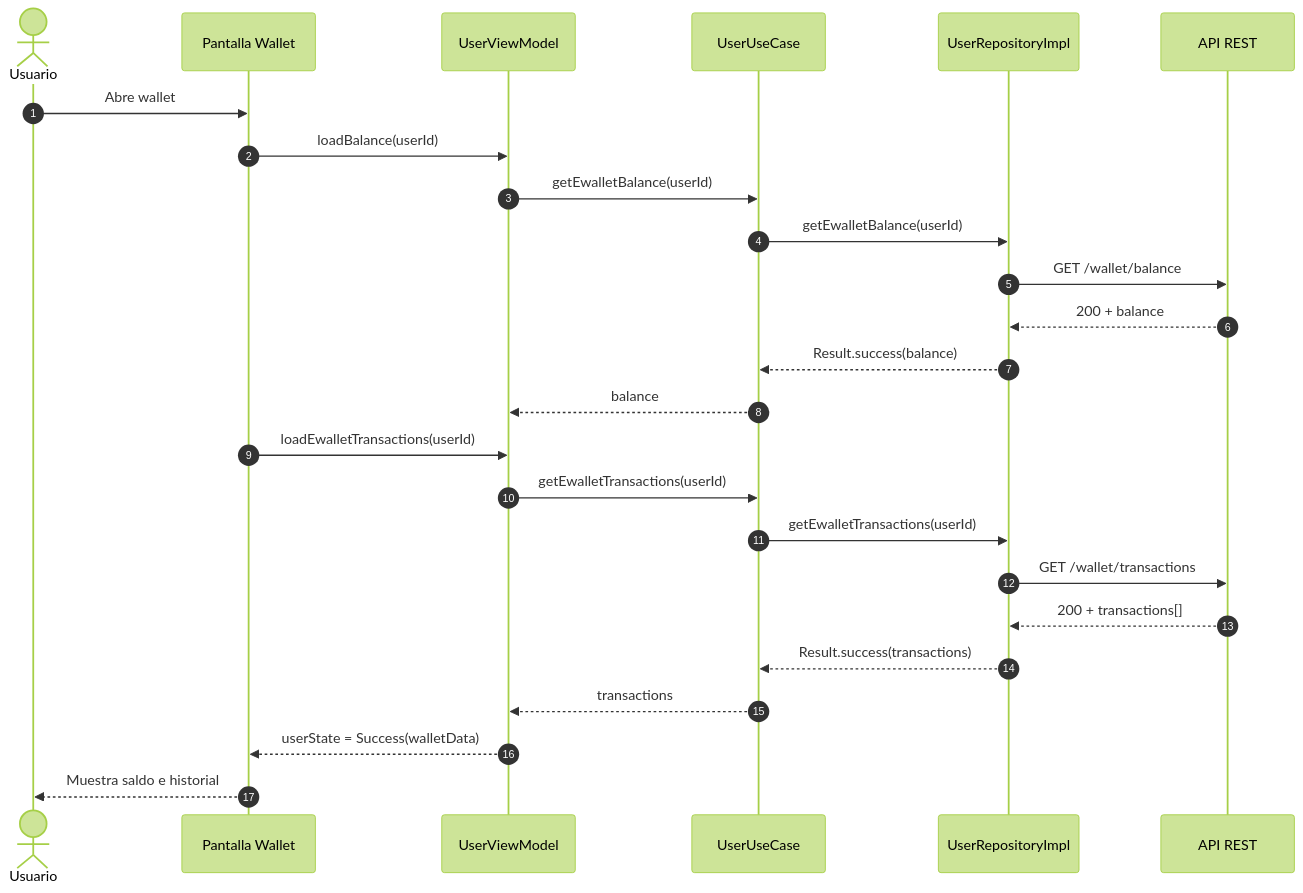
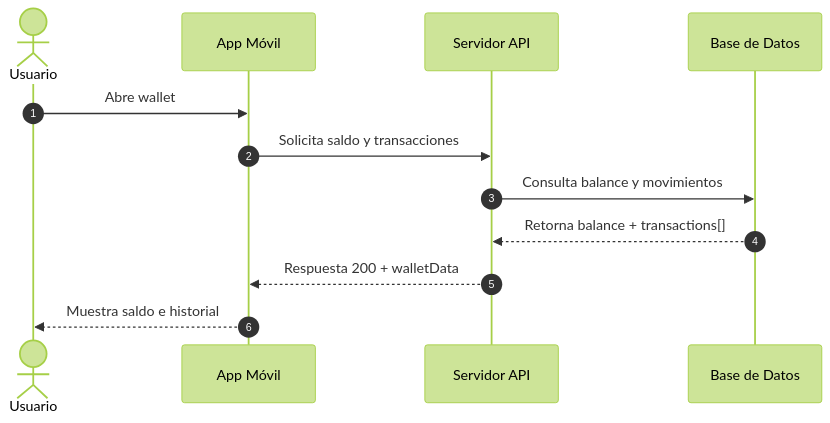
Diagram 12 of 12 in docs/SEQUENCE_DIAGRAMS.md (asobrados03/HumanPerformApp), drawn with Mermaid (forest theme) before and after one commit. The commit also changed other lines of this file, not shown here.

Commit message:
Ajustar diagrama de métodos de pago para usar Stripe

````diff
--- a/docs/SEQUENCE_DIAGRAMS.md
+++ b/docs/SEQUENCE_DIAGRAMS.md
@@ -283,29 +207,15 @@
 ```mermaid
 sequenceDiagram
     autonumber
     actor U as Usuario
-    participant UI as Pantalla Wallet
-    participant VM as UserViewModel
-    participant UC as UserUseCase
-    participant REPO as UserRepositoryImpl
-    participant API as API REST
+    participant APP as App Móvil
+    participant API as Servidor API
+    participant DB as Base de Datos
 
-    U->>UI: Abre wallet
-    UI->>VM: loadBalance(userId)
-    VM->>UC: getEwalletBalance(userId)
-    UC->>REPO: getEwalletBalance(userId)
-    REPO->>API: GET /wallet/balance
-    API-->>REPO: 200 + balance
-    REPO-->>UC: Result.success(balance)
-    UC-->>VM: balance
-
-    UI->>VM: loadEwalletTransactions(userId)
-    VM->>UC: getEwalletTransactions(userId)
-    UC->>REPO: getEwalletTransactions(userId)
-    REPO->>API: GET /wallet/transactions
-    API-->>REPO: 200 + transactions[]
-    REPO-->>UC: Result.success(transactions)
-    UC-->>VM: transactions
-    VM-->>UI: userState = Success(walletData)
-    UI-->>U: Muestra saldo e historial
+    U->>APP: Abre wallet
+    APP->>API: Solicita saldo y transacciones
+    API->>DB: Consulta balance y movimientos
+    DB-->>API: Retorna balance + transactions[]
+    API-->>APP: Respuesta 200 + walletData
+    APP-->>U: Muestra saldo e historial
 ```
````
